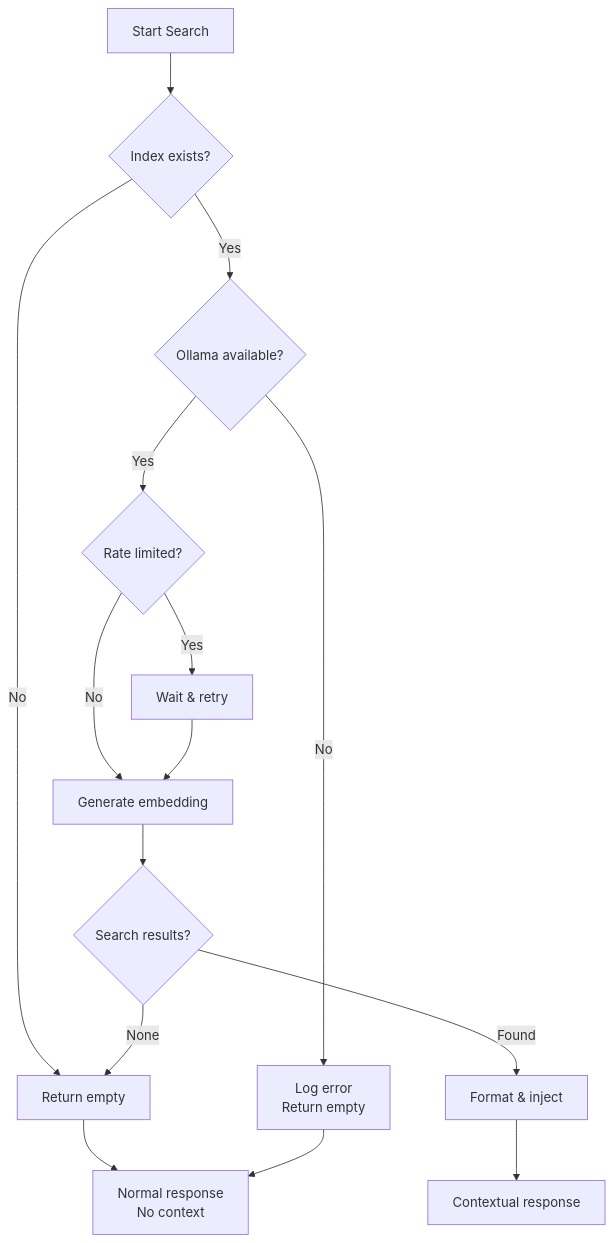
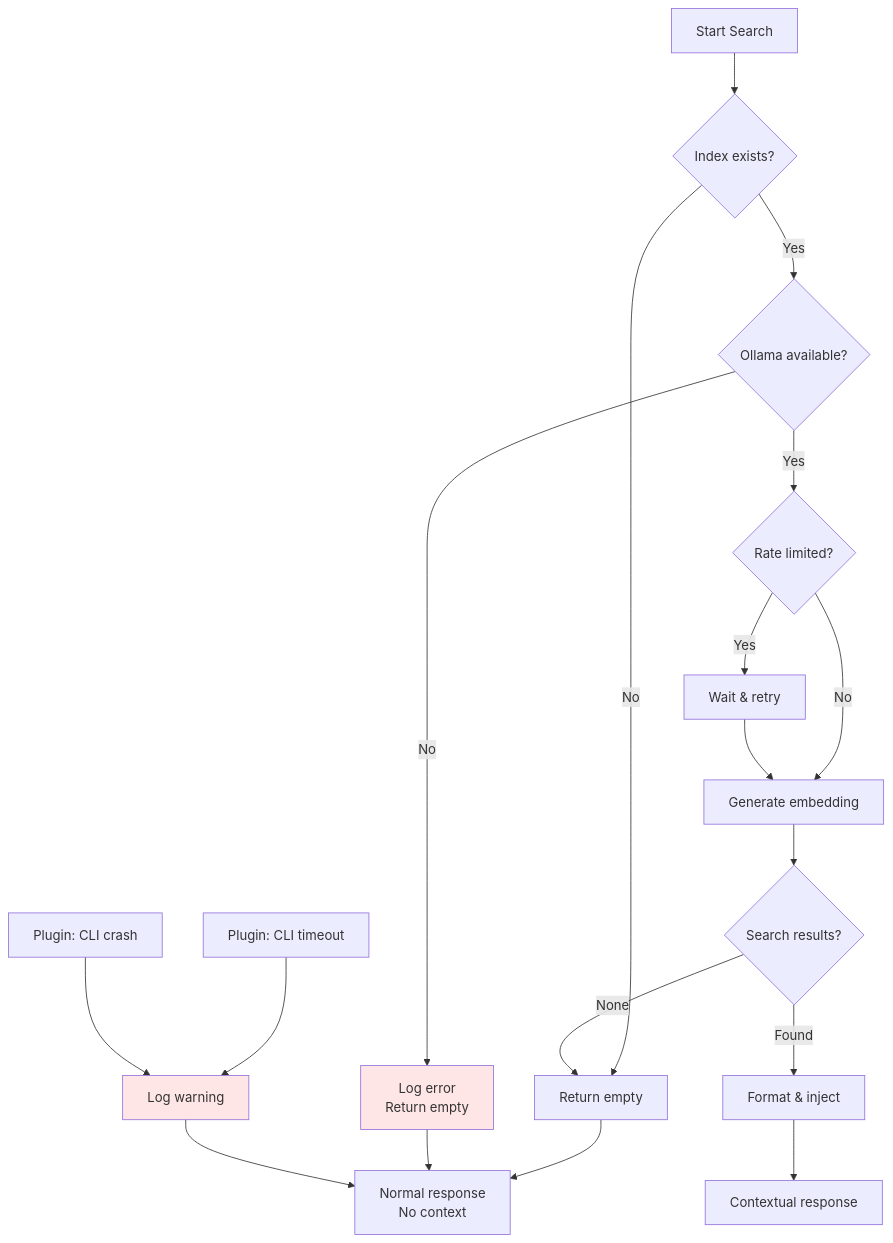
One commit to LuisEduardoAvila/fmem changed the fifth of 5 diagrams in docs/INTEGRATION_FLOW.md. Above: the diagram before and after it, drawn with Mermaid. The commit also changed other lines of this file and 5 other files, not shown here.

````diff
--- a/docs/INTEGRATION_FLOW.md
+++ b/docs/INTEGRATION_FLOW.md
@@ -372,17 +522,25 @@
 ```mermaid
 flowchart TD
     A[Start Search] --> B{Index exists?}
     B -->|No| C[Return empty]
     B -->|Yes| D{Ollama available?}
     D -->|No| E[Log error<br/>Return empty]
     D -->|Yes| F{Rate limited?}
     F -->|Yes| G[Wait & retry]
     F -->|No| H[Generate embedding]
     H --> I{Search results?}
     I -->|None| C
     I -->|Found| J[Format & inject]
     C --> K[Normal response<br/>No context]
     J --> L[Contextual response]
     E --> K
     G --> H
+    
+    M[Plugin: CLI timeout] --> N[Log warning]
+    N --> K
+    
+    O[Plugin: CLI crash] --> N
+    
+    style E fill:#FFE6E6
+    style N fill:#FFE6E6
 ```
````
